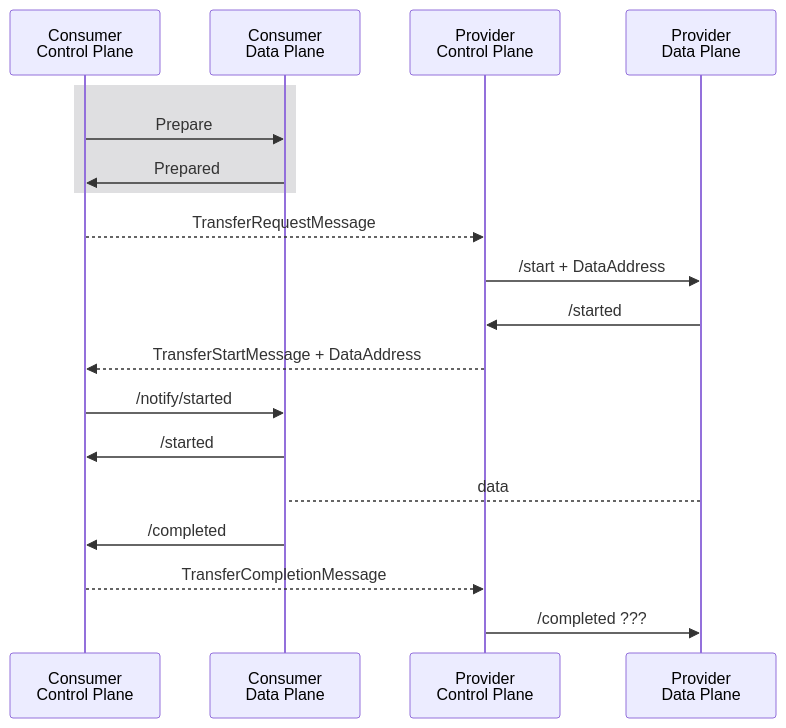
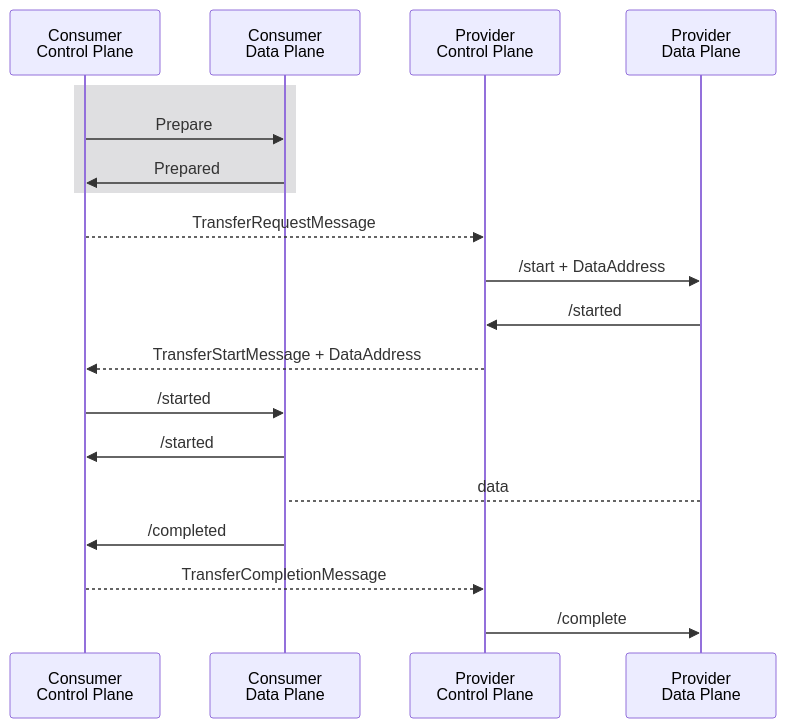
Before and after one commit to Metaform/dataplane-signaling: the fourth of 5 diagrams in docs/signaling.md, drawn with Mermaid. The commit also changed other lines of this file and 1 other file, not shown here.

Commit message:
docs: add /complete endpoint, fix paths

````diff
--- a/docs/signaling.md
+++ b/docs/signaling.md
@@ -190,23 +194,23 @@
 ```mermaid
 sequenceDiagram
     participant ccp as Consumer<br/>Control Plane
     participant cdp as Consumer<br/>Data Plane
     participant pcp as Provider<br/>Control Plane
     participant pdp as Provider<br/>Data Plane
 
     rect rgb(223, 223, 225)
         ccp ->> cdp: Prepare
         cdp ->> ccp: Prepared
     end
 
     ccp -->> pcp: TransferRequestMessage
     pcp ->> pdp: /start + DataAddress
     pdp ->> pcp: /started
     pcp -->> ccp: TransferStartMessage + DataAddress
-    ccp ->> cdp: /notify/started
+    ccp ->> cdp: /started
     cdp ->> ccp: /started
     pdp --> cdp: data
     cdp ->> ccp: /completed
     ccp -->> pcp: TransferCompletionMessage
-    pcp ->> pdp: /completed ???
+    pcp ->> pdp: /complete
 ```
````
